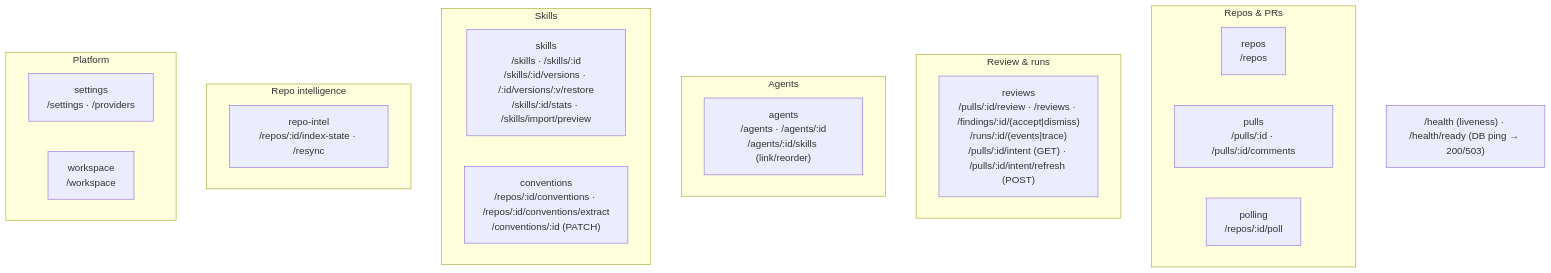
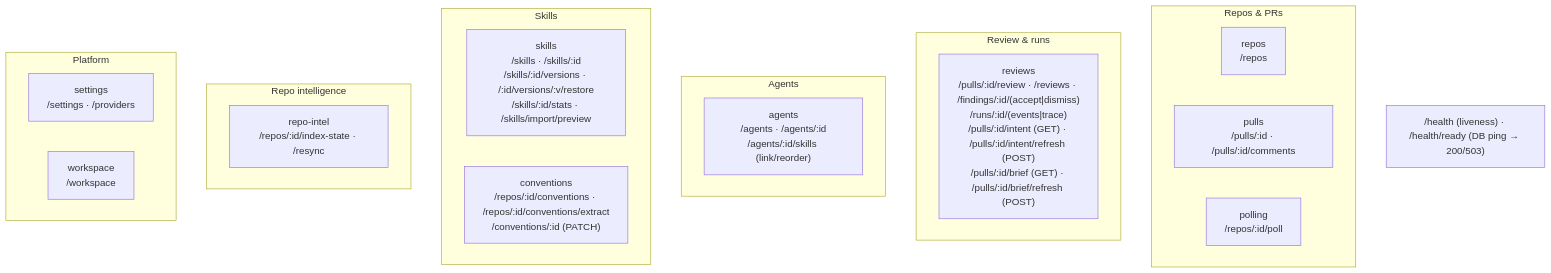
The second of 2 diagrams in server/README.md (oivashkov/dev-digest), drawn with Mermaid before and after one commit. The commit also changed other lines of this file and 34 other files, not shown here.

````diff
--- a/server/README.md
+++ b/server/README.md
@@ -69,26 +69,26 @@
 ```mermaid
 flowchart TB
   subgraph Repos_PRs["Repos & PRs"]
     repos["repos<br/>/repos"]
     pulls["pulls<br/>/pulls/:id · /pulls/:id/comments"]
     polling["polling<br/>/repos/:id/poll"]
   end
   subgraph Review["Review & runs"]
-    reviews["reviews<br/>/pulls/:id/review · /reviews · /findings/:id/(accept|dismiss)<br/>/runs/:id/(events|trace)<br/>/pulls/:id/intent (GET) · /pulls/:id/intent/refresh (POST)"]
+    reviews["reviews<br/>/pulls/:id/review · /reviews · /findings/:id/(accept|dismiss)<br/>/runs/:id/(events|trace)<br/>/pulls/:id/intent (GET) · /pulls/:id/intent/refresh (POST)<br/>/pulls/:id/brief (GET) · /pulls/:id/brief/refresh (POST)"]
   end
   subgraph Agents["Agents"]
     agents["agents<br/>/agents · /agents/:id<br/>/agents/:id/skills (link/reorder)"]
   end
   subgraph Skills["Skills"]
     skills["skills<br/>/skills · /skills/:id<br/>/skills/:id/versions · /:id/versions/:v/restore<br/>/skills/:id/stats · /skills/import/preview"]
     conventions["conventions<br/>/repos/:id/conventions · /repos/:id/conventions/extract<br/>/conventions/:id (PATCH)"]
   end
   subgraph Intel["Repo intelligence"]
     repoIntel["repo-intel<br/>/repos/:id/index-state · /resync"]
   end
   subgraph Platform["Platform"]
     settings["settings<br/>/settings · /providers"]
     workspace["workspace<br/>/workspace"]
   end
   HEALTH["/health (liveness) · /health/ready (DB ping → 200/503)"]
 ```
````
